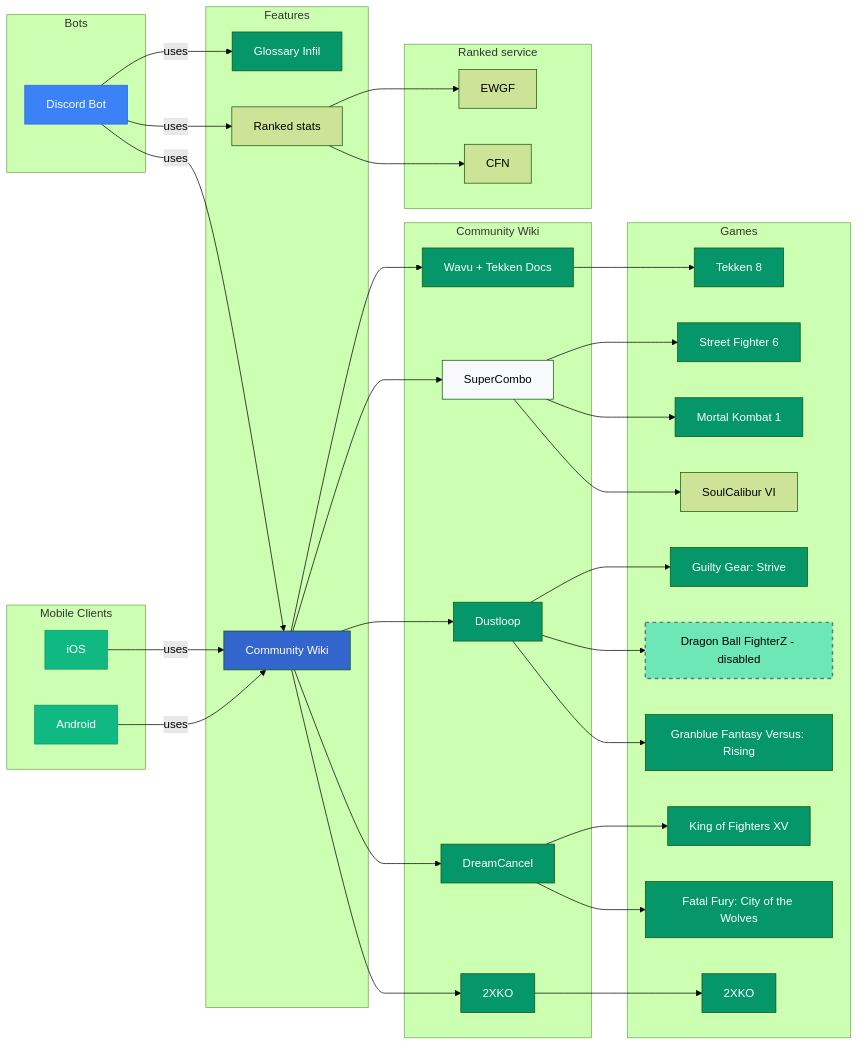
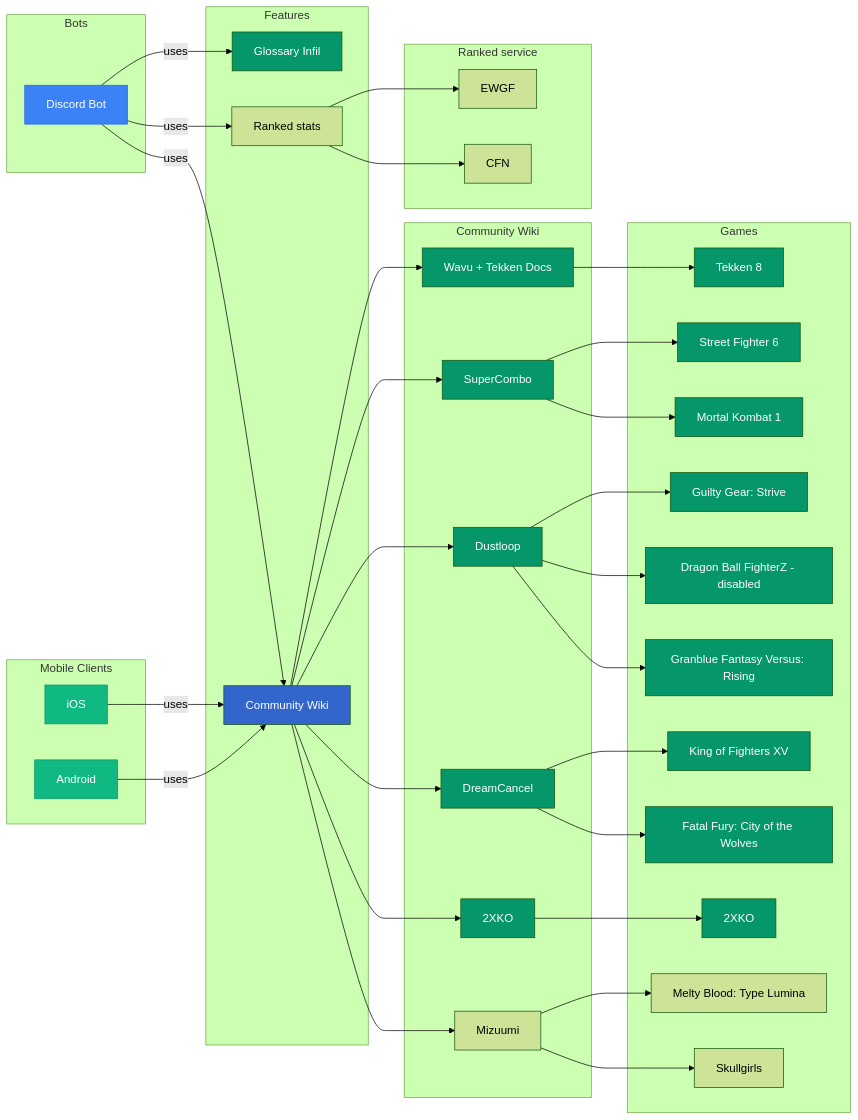
Before and after one commit to Sophon/FightingNerd: the diagram in README.md, drawn with Mermaid (forest theme). The commit also changed 28 other files, not shown here.

````diff
--- a/README.md
+++ b/README.md
@@ -42,19 +42,21 @@
         2xko[2XKO]
         dustloop[Dustloop]
         dreamcancel[DreamCancel]
+        mizuumi[Mizuumi]
     end
 
     subgraph Games
         t8[Tekken 8]
         sf6[Street Fighter 6]
         mk1[Mortal Kombat 1]
-        sc6[SoulCalibur VI]
         ggst[Guilty Gear: Strive]
         dbfz[Dragon Ball FighterZ - disabled]
         gbvsr[Granblue Fantasy Versus: Rising]
         kof15[King of Fighters XV]
         cotw[Fatal Fury: City of the Wolves]
         xko[2XKO]
+        melty[Melty Blood: Type Lumina]
+        sg[Skullgirls]
     end
 
     subgraph Ranked service
@@ -74,6 +76,7 @@
     communityWiki --> 2xko
     communityWiki --> dreamcancel
     communityWiki --> dustloop
+    communityWiki --> mizuumi
 
     elo --> ewgf
     elo --> cfn
@@ -81,32 +84,33 @@
     wikiWavu --> t8
     supercombo --> sf6
     supercombo --> mk1
-    supercombo --> sc6
     dustloop --> ggst
     dustloop --> dbfz
     dustloop --> gbvsr
     2xko --> xko
     dreamcancel --> kof15
     dreamcancel --> cotw
+    mizuumi --> melty
+    mizuumi --> sg
 
 
-    style discordBot fill:#3B82F6,stroke:#2563EB,color:#fff
-    style android fill:#10B981,stroke:#059669,color:#fff
-    style iOS fill:#10B981,stroke:#059669,color:#fff
-    style glossaryInfil fill:#059669,color:#fff
-    style communityWiki fill:#3366CC,color:#fff
-    style wikiWavu fill:#059669,color:#fff
-    style supercombo fill:#F8F9FA,color:#000000
+    style discordBot fill:#3B82F6,stroke:#2563EB, color:#fff
+    style android fill:#10B981,stroke:#059669, color:#fff
+    style iOS fill:#10B981,stroke:#059669, color:#fff
+    style glossaryInfil fill:#059669, color:#fff
+    style communityWiki fill:#3366CC, color:#fff
+    style wikiWavu fill:#059669, color:#fff
+    style supercombo fill:#059669, color:#fff
     style dreamcancel fill:#059669, color:#fff
-    style dustloop fill:#059669,color:#fff
-    style 2xko fill:#059669,color:#fff
+    style dustloop fill:#059669, color:#fff
+    style 2xko fill:#059669, color:#fff
     style t8 fill:#059669, color:#fff
     style sf6 fill:#059669, color:#fff
     style xko fill:#059669, color:#fff
-    style kof15 fill:#059669,color:#fff
-    style cotw fill:#059669,color:#fff
-    style ggst fill:#059669,color:#fff
-    style mk1 fill:#059669,color:#fff
-    style dbfz fill:#6EE7B7,color:#000000,stroke:#6B7280,stroke-width:2,stroke-dasharray:5 5
-    style gbvsr fill:#059669,color:#fff
+    style kof15 fill:#059669, color:#fff
+    style cotw fill:#059669, color:#fff
+    style ggst fill:#059669, color:#fff
+    style mk1 fill:#059669, color:#fff
+    style dbfz fill:#059669, color:#fff
+    style gbvsr fill:#059669, color:#fff
   ```
````
